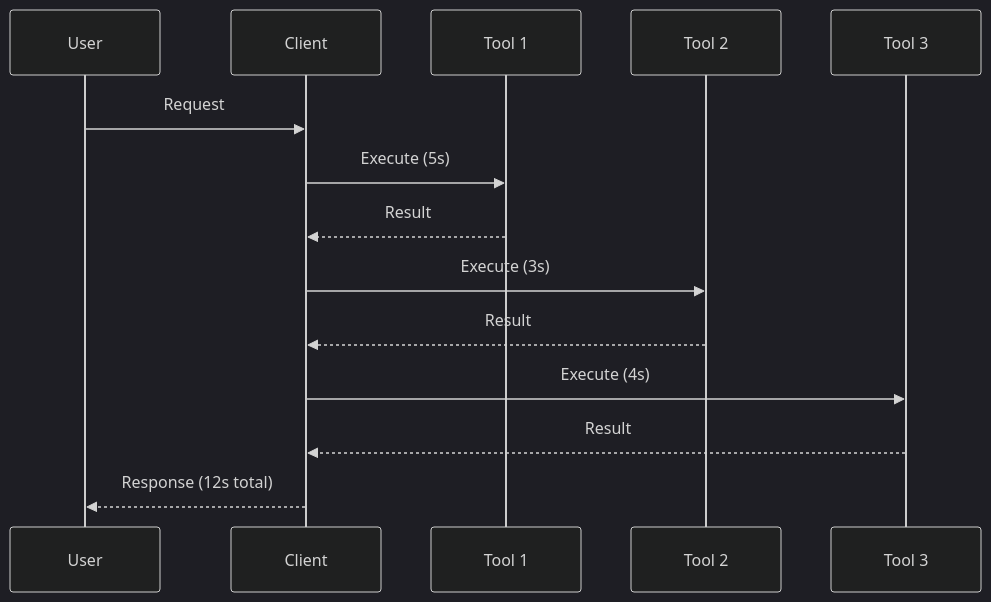
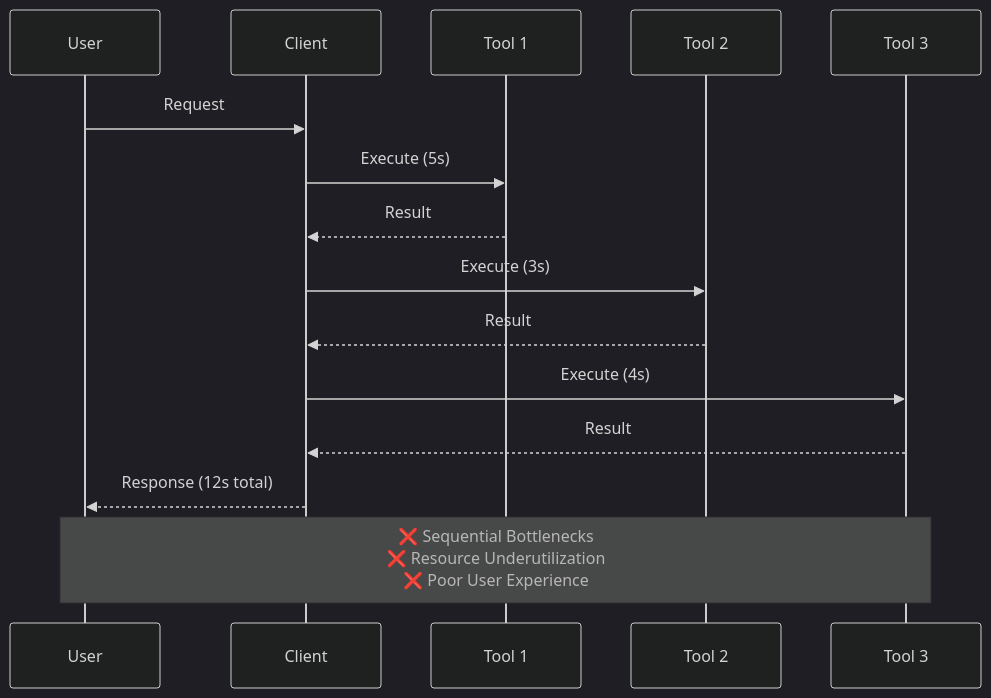
The first of 9 diagrams in README.md (CodingButter/advanced-mcp-client), drawn with Mermaid (dark theme) before and after one commit. The commit also changed other lines of this file, not shown here.

First line of the commit message:
📊 Enhance diagrams: Larger, stacked sequence and architecture diagrams

````diff
--- a/README.md
+++ b/README.md
@@ -28,17 +25,19 @@
 ```mermaid
 sequenceDiagram
     participant U as User
     participant C as Client
     participant T1 as Tool 1
     participant T2 as Tool 2
     participant T3 as Tool 3
     
     U->>C: Request
     C->>T1: Execute (5s)
     T1-->>C: Result
     C->>T2: Execute (3s)
     T2-->>C: Result
     C->>T3: Execute (4s)
     T3-->>C: Result
     C-->>U: Response (12s total)
+    
+    Note over U,T3: ❌ Sequential Bottlenecks<br/>❌ Resource Underutilization<br/>❌ Poor User Experience
 ```
````
